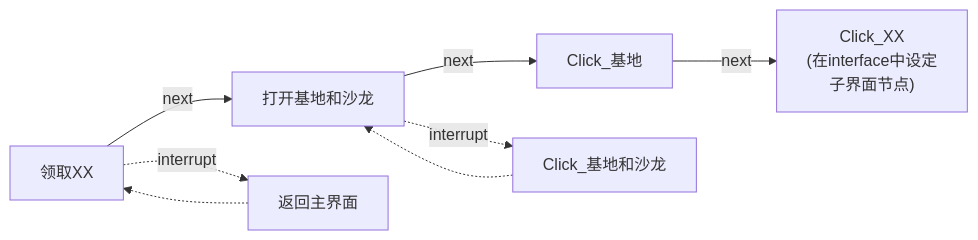
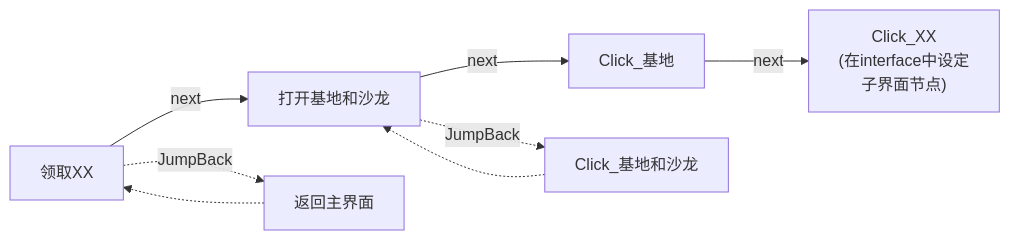
One commit to Coxwtwo/MaaTOT changed the seventh of 40 diagrams in docs/zh_cn/develop/Pipeline说明.md. Above: the diagram before and after it, drawn with Mermaid. The commit also changed other lines of this file, not shown here.

Commit message:
docs: 完善 Pipeline 说明，新增未名市移动、未名市周任务文档，interrupt→JumpBack(MaaFramework v5.1 起已废弃 interrupt 字段）

````diff
--- a/docs/zh_cn/develop/Pipeline说明.md
+++ b/docs/zh_cn/develop/Pipeline说明.md
@@ -189,11 +189,11 @@
 ```mermaid
 flowchart LR
     n0["领取XX"] -->|next| n1["打开基地和沙龙"]
-    n0 -.->|interrupt| n00["返回主界面"]
+    n0 -.->|JumpBack| n00["返回主界面"]
     n00 -.-> n0
 
     n1["打开基地和沙龙"] -->|next| n2["Click_基地"]
-    n1 -.->|interrupt| n3["Click_基地和沙龙"]
+    n1 -.->|JumpBack| n3["Click_基地和沙龙"]
     n3 -.-> n1
     n2 -->|next| n4["Click_XX<br>(在interface中设定<br>子界面节点)"]
 ```
````
